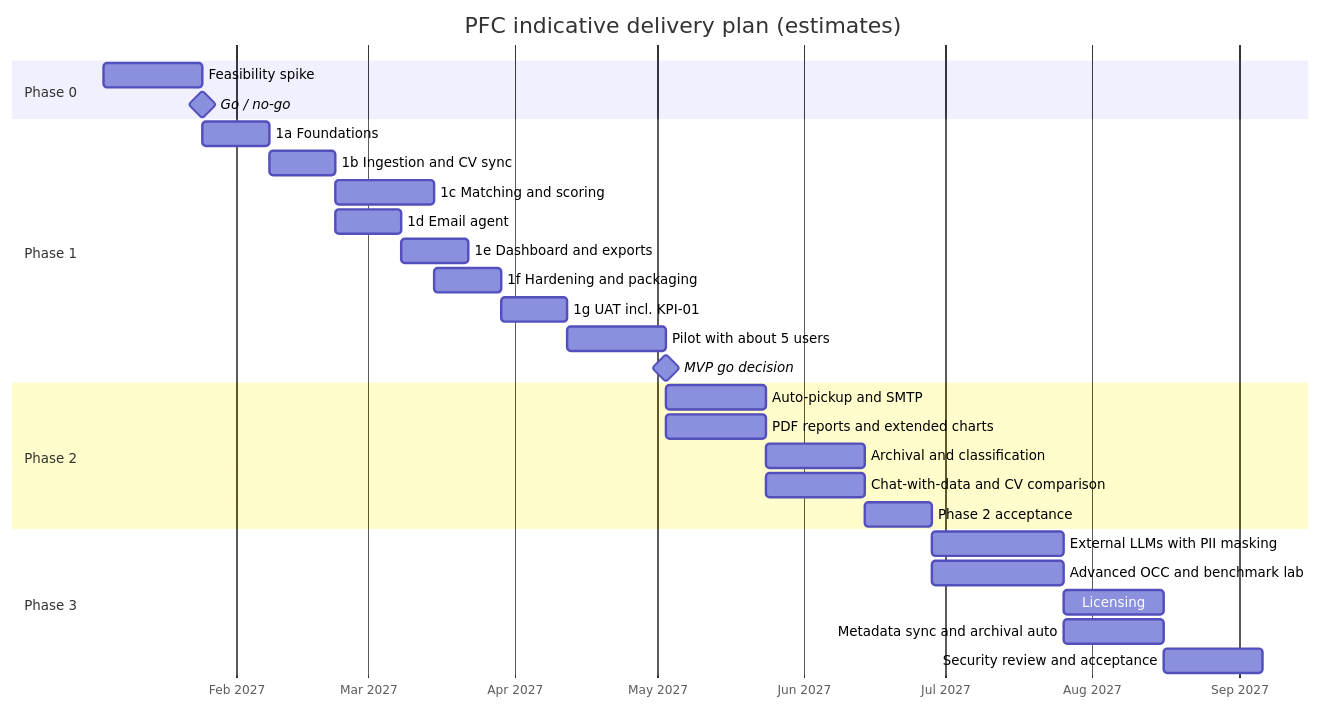
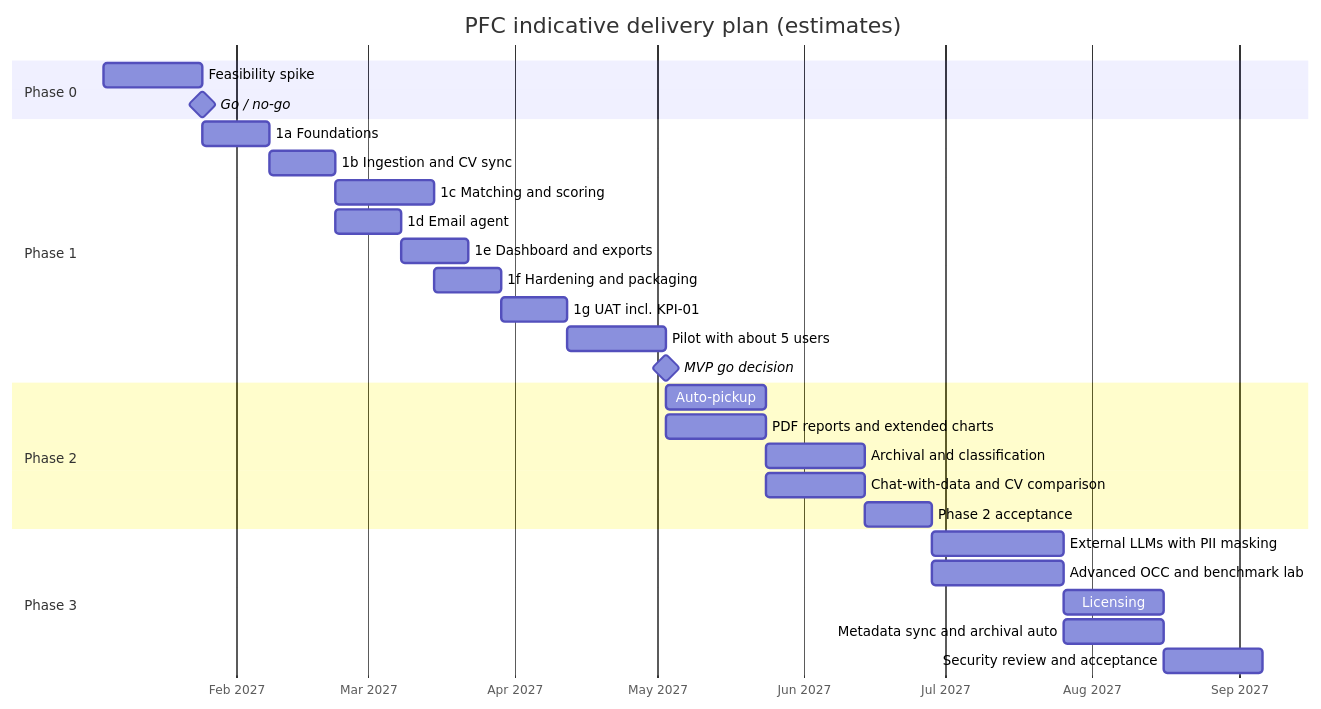
The third of 3 diagrams in PFC/docs/PHASES.md (Cognition-Partner-Workshops/PerfectFitCandidate), drawn with Mermaid before and after one commit. The commit also changed other lines of this file and 2 other files, not shown here.

````diff
--- a/PFC/docs/PHASES.md
+++ b/PFC/docs/PHASES.md
@@ -367,31 +367,31 @@
 ```mermaid
 gantt
     title PFC indicative delivery plan (estimates)
     dateFormat YYYY-MM-DD
     axisFormat %b %Y
     section Phase 0
     Feasibility spike                 :p0, 2027-01-04, 3w
     Go / no-go                        :milestone, m0, after p0, 0d
     section Phase 1
     1a Foundations                    :p1a, after p0, 2w
     1b Ingestion and CV sync          :p1b, after p1a, 2w
     1c Matching and scoring           :p1c, after p1b, 3w
     1d Email agent                    :p1d, after p1b, 2w
     1e Dashboard and exports          :p1e, after p1d, 2w
     1f Hardening and packaging        :p1f, after p1c, 2w
     1g UAT incl. KPI-01               :p1g, after p1f, 2w
     Pilot with about 5 users          :p1p, after p1g, 3w
     MVP go decision                   :milestone, m1, after p1p, 0d
     section Phase 2
-    Auto-pickup and SMTP              :p2a, after p1p, 3w
+    Auto-pickup                       :p2a, after p1p, 3w
     PDF reports and extended charts   :p2b, after p1p, 3w
     Archival and classification       :p2c, after p2a, 3w
     Chat-with-data and CV comparison  :p2d, after p2b, 3w
     Phase 2 acceptance                :p2e, after p2c, 2w
     section Phase 3
     External LLMs with PII masking    :p3a, after p2e, 4w
     Advanced OCC and benchmark lab    :p3b, after p2e, 4w
     Licensing                         :p3c, after p3a, 3w
     Metadata sync and archival auto   :p3d, after p3b, 3w
     Security review and acceptance    :p3e, after p3c, 3w
 ```
````
